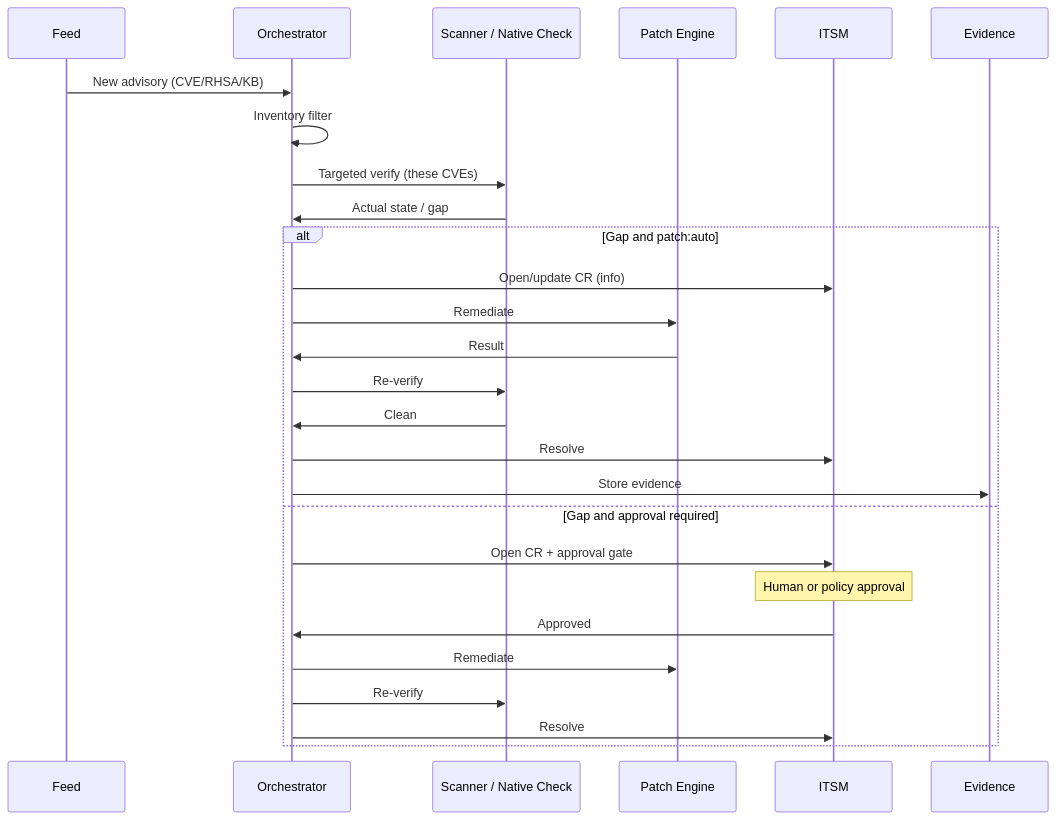
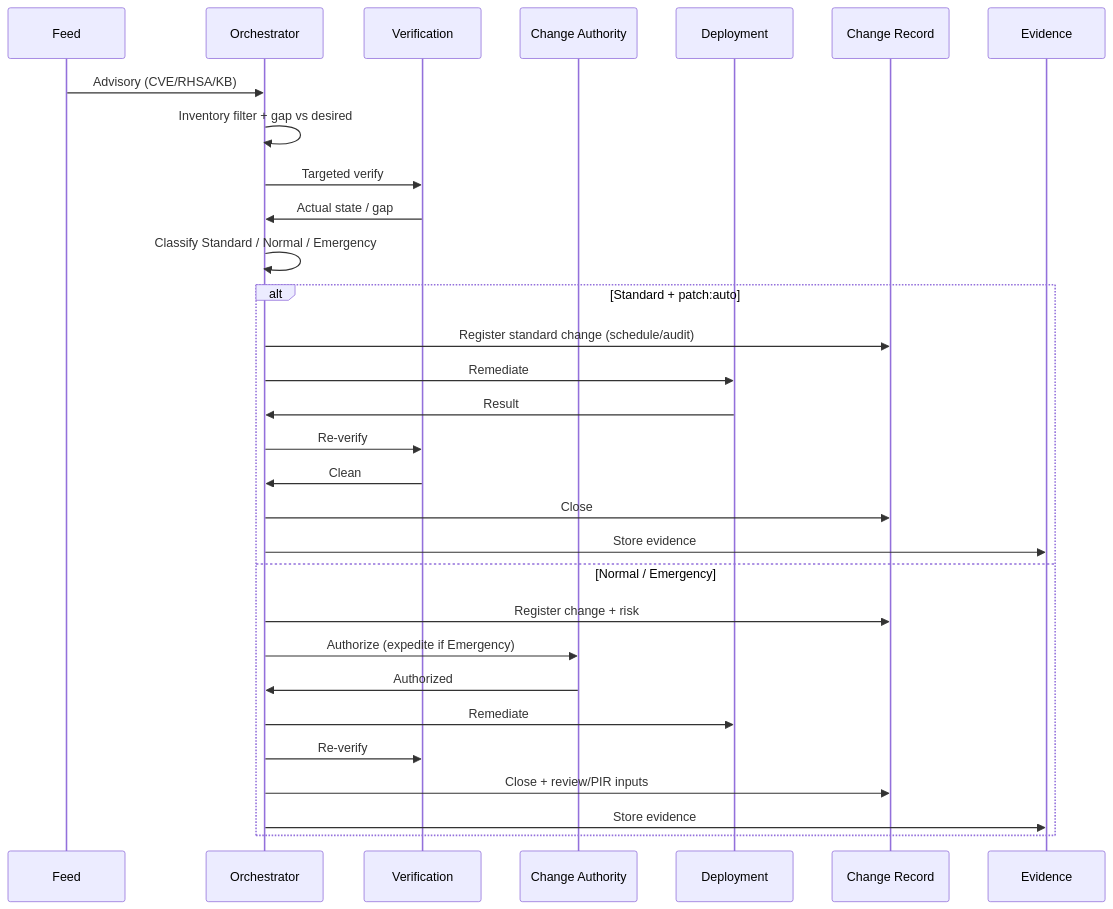
The second of 3 diagrams in docs/enterprise-architecture.md (rathbunr/osd-infra-patch-orchestration), drawn with Mermaid before and after one commit. The commit also changed other lines of this file, not shown here.

Commit message:
ITIL 4 alignment v1.1: Change Enablement lifecycle, Standard/Normal/Emergency, Change Authority, related practices, citations, updated diagrams

````diff
--- a/docs/enterprise-architecture.md
+++ b/docs/enterprise-architecture.md
@@ -137,30 +220,33 @@
 ```mermaid
 sequenceDiagram
     participant Feed
     participant Orch as Orchestrator
-    participant Scan as Scanner / Native Check
-    participant Patch as Patch Engine
-    participant Ticket as ITSM
+    participant Scan as Verification
+    participant CA as Change Authority
+    participant Patch as Deployment
+    participant Ticket as Change Record
     participant Evid as Evidence
 
-    Feed->>Orch: New advisory (CVE/RHSA/KB)
-    Orch->>Orch: Inventory filter
-    Orch->>Scan: Targeted verify (these CVEs)
+    Feed->>Orch: Advisory (CVE/RHSA/KB)
+    Orch->>Orch: Inventory filter + gap vs desired
+    Orch->>Scan: Targeted verify
     Scan->>Orch: Actual state / gap
-    alt Gap and patch:auto
-        Orch->>Ticket: Open/update CR (info)
+    Orch->>Orch: Classify Standard / Normal / Emergency
+    alt Standard + patch:auto
+        Orch->>Ticket: Register standard change (schedule/audit)
         Orch->>Patch: Remediate
         Patch->>Orch: Result
         Orch->>Scan: Re-verify
         Scan->>Orch: Clean
-        Orch->>Ticket: Resolve
+        Orch->>Ticket: Close
         Orch->>Evid: Store evidence
-    else Gap and approval required
-        Orch->>Ticket: Open CR + approval gate
-        Note over Ticket: Human or policy approval
-        Ticket->>Orch: Approved
+    else Normal / Emergency
+        Orch->>Ticket: Register change + risk
+        Orch->>CA: Authorize (expedite if Emergency)
+        CA->>Orch: Authorized
         Orch->>Patch: Remediate
         Orch->>Scan: Re-verify
-        Orch->>Ticket: Resolve
+        Orch->>Ticket: Close + review/PIR inputs
+        Orch->>Evid: Store evidence
     end
 ```
````
